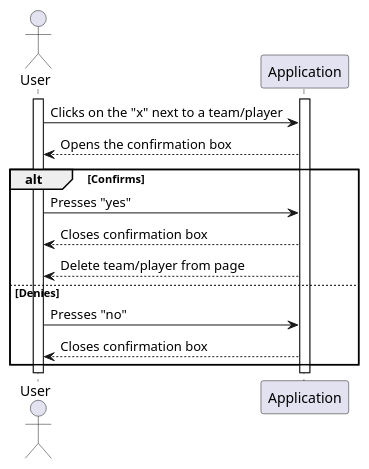
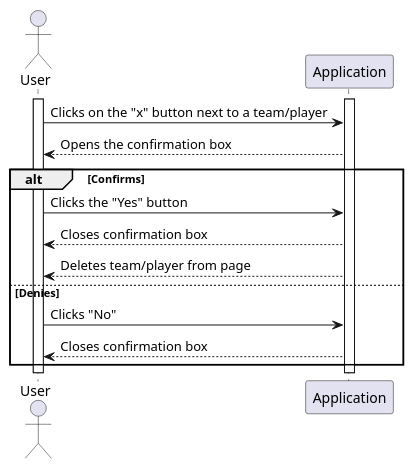
One commit to itzMesh/DCST1008-Prosjekt changed the diagram in ProjektUML/SequencediagramUserAppData/sequence_diagram_deleteTeam.wsd. Above: the diagram before and after it, drawn with PlantUML. The commit also changed 7 other files, not shown here.

Commit message:
uml typos

```diff
--- a/ProjektUML/SequencediagramUserAppData/sequence_diagram_deleteTeam.wsd
+++ b/ProjektUML/SequencediagramUserAppData/sequence_diagram_deleteTeam.wsd
@@ -1,23 +1,23 @@
 @startuml createTournament
 
 actor User as U
 participant Application as A
 
 activate U
 activate A
 
-U->A: Clicks on the "x" next to a team/player
+U->A: Clicks on the "x" button next to a team/player
 A-->U: Opens the confirmation box
 alt Confirms
-    U->A: Presses "yes"
+    U->A: Clicks the "Yes" button
     A-->U: Closes confirmation box
-    A-->U: Delete team/player from page
+    A-->U: Deletes team/player from page
 else Denies
-    U->A: Presses "no"
+    U->A: Clicks "No"
     A-->U: Closes confirmation box
 
 end
 
 
 
 @enduml
```
